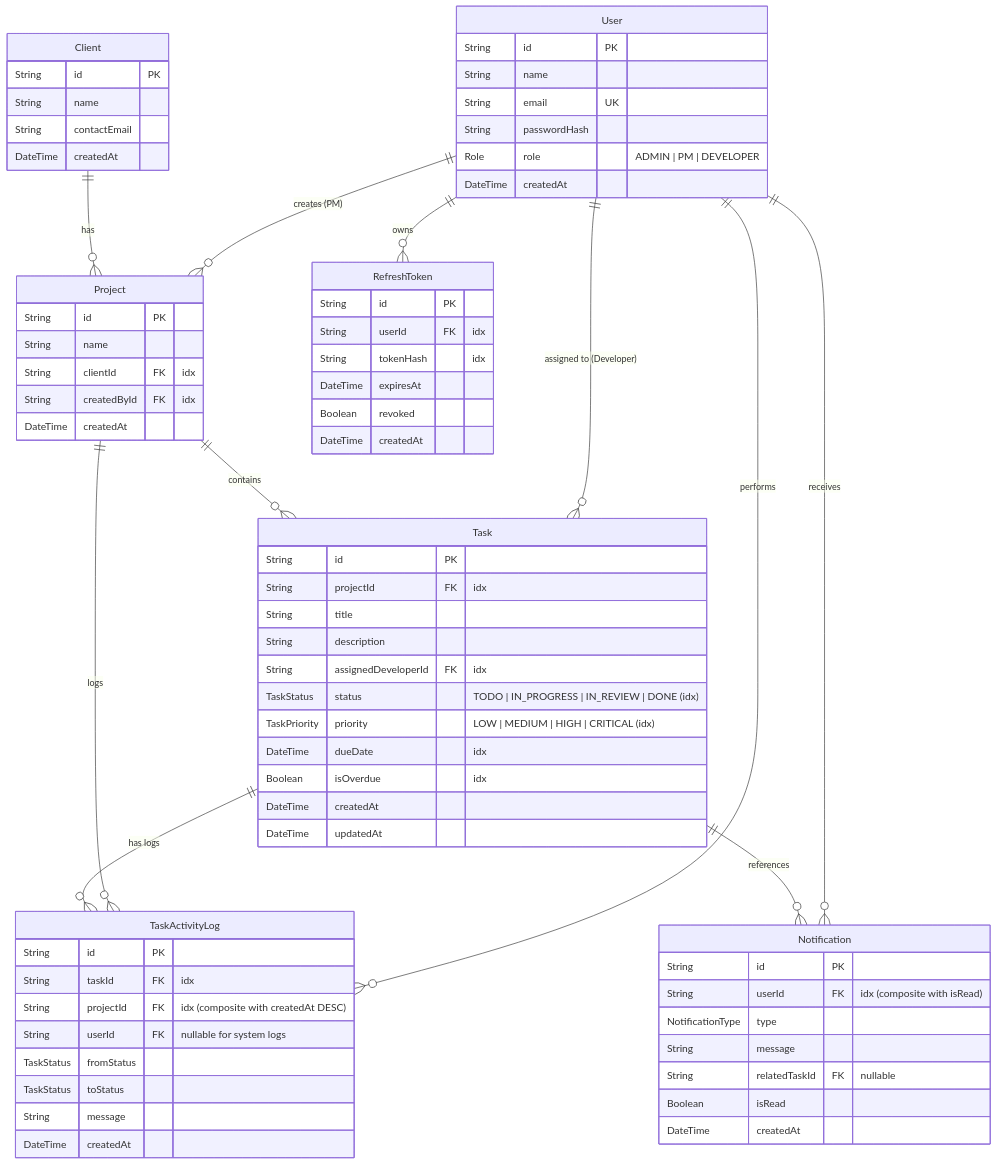
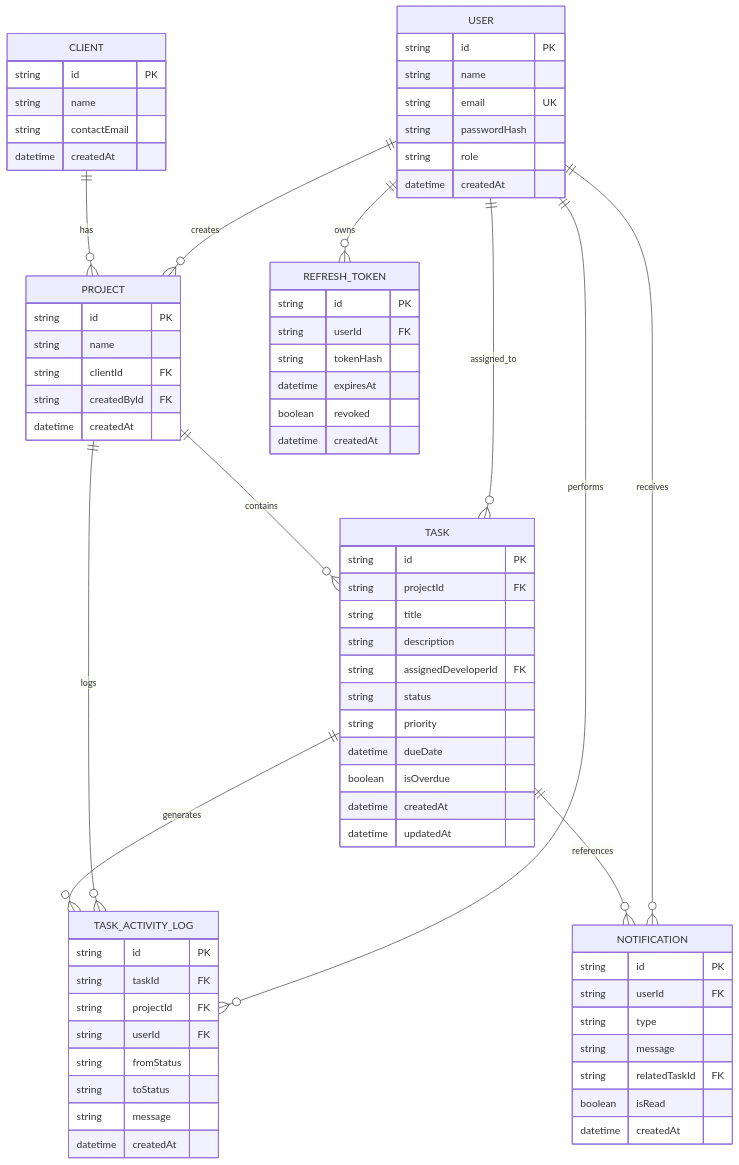
The diagram in README.md (Shambhavi-goel/client_project_dashboard), drawn with Mermaid before and after one commit. The commit also changed other lines of this file, not shown here.

````diff
--- a/README.md
+++ b/README.md
@@ -175,81 +175,75 @@
 ```mermaid
 erDiagram
-    User ||--o{ Project : "creates (PM)"
-    User ||--o{ Task : "assigned to (Developer)"
-    User ||--o{ TaskActivityLog : "performs"
-    User ||--o{ Notification : "receives"
-    User ||--o{ RefreshToken : "owns"
-    Client ||--o{ Project : "has"
-    Project ||--o{ Task : "contains"
-    Project ||--o{ TaskActivityLog : "logs"
-    Task ||--o{ TaskActivityLog : "has logs"
-    Task ||--o{ Notification : "references"
+    USER ||--o{ PROJECT : creates
+    USER ||--o{ TASK : assigned_to
+    USER ||--o{ TASK_ACTIVITY_LOG : performs
+    USER ||--o{ NOTIFICATION : receives
+    USER ||--o{ REFRESH_TOKEN : owns
+    CLIENT ||--o{ PROJECT : has
+    PROJECT ||--o{ TASK : contains
+    PROJECT ||--o{ TASK_ACTIVITY_LOG : logs
+    TASK ||--o{ TASK_ACTIVITY_LOG : generates
+    TASK ||--o{ NOTIFICATION : references
 
-    User {
-        String id PK
-        String name
-        String email UK
-        String passwordHash
-        Role role "ADMIN | PM | DEVELOPER"
-        DateTime createdAt
+    USER {
+        string id PK
+        string name
+        string email UK
+        string passwordHash
+        string role
+        datetime createdAt
     }
-
-    Client {
-        String id PK
-        String name
-        String contactEmail
-        DateTime createdAt
+    CLIENT {
+        string id PK
+        string name
+        string contactEmail
+        datetime createdAt
     }
-
-    Project {
-        String id PK
-        String name
-        String clientId FK "idx"
-        String createdById FK "idx"
-        DateTime createdAt
+    PROJECT {
+        string id PK
+        string name
+        string clientId FK
+        string createdById FK
+        datetime createdAt
     }
-
-    Task {
-        String id PK
-        String projectId FK "idx"
-        String title
-        String description
-        String assignedDeveloperId FK "idx"
-        TaskStatus status "TODO | IN_PROGRESS | IN_REVIEW | DONE (idx)"
-        TaskPriority priority "LOW | MEDIUM | HIGH | CRITICAL (idx)"
-        DateTime dueDate "idx"
-        Boolean isOverdue "idx"
-        DateTime createdAt
-        DateTime updatedAt
+    TASK {
+        string id PK
+        string projectId FK
+        string title
+        string description
+        string assignedDeveloperId FK
+        string status
+        string priority
+        datetime dueDate
+        boolean isOverdue
+        datetime createdAt
+        datetime updatedAt
     }
-
-    TaskActivityLog {
-        String id PK
-        String taskId FK "idx"
-        String projectId FK "idx (composite with createdAt DESC)"
-        String userId FK "nullable for system logs"
-        TaskStatus fromStatus
-        TaskStatus toStatus
-        String message
-        DateTime createdAt
+    TASK_ACTIVITY_LOG {
+        string id PK
+        string taskId FK
+        string projectId FK
+        string userId FK
+        string fromStatus
+        string toStatus
+        string message
+        datetime createdAt
     }
-
-    Notification {
-        String id PK
-        String userId FK "idx (composite with isRead)"
-        NotificationType type
-        String message
-        String relatedTaskId FK "nullable"
-        Boolean isRead
-        DateTime createdAt
+    NOTIFICATION {
+        string id PK
+        string userId FK
+        string type
+        string message
+        string relatedTaskId FK
+        boolean isRead
+        datetime createdAt
     }
-
-    RefreshToken {
-        String id PK
-        String userId FK "idx"
-        String tokenHash "idx"
-        DateTime expiresAt
-        Boolean revoked
-        DateTime createdAt
+    REFRESH_TOKEN {
+        string id PK
+        string userId FK
+        string tokenHash
+        datetime expiresAt
+        boolean revoked
+        datetime createdAt
     }
 ```
````
